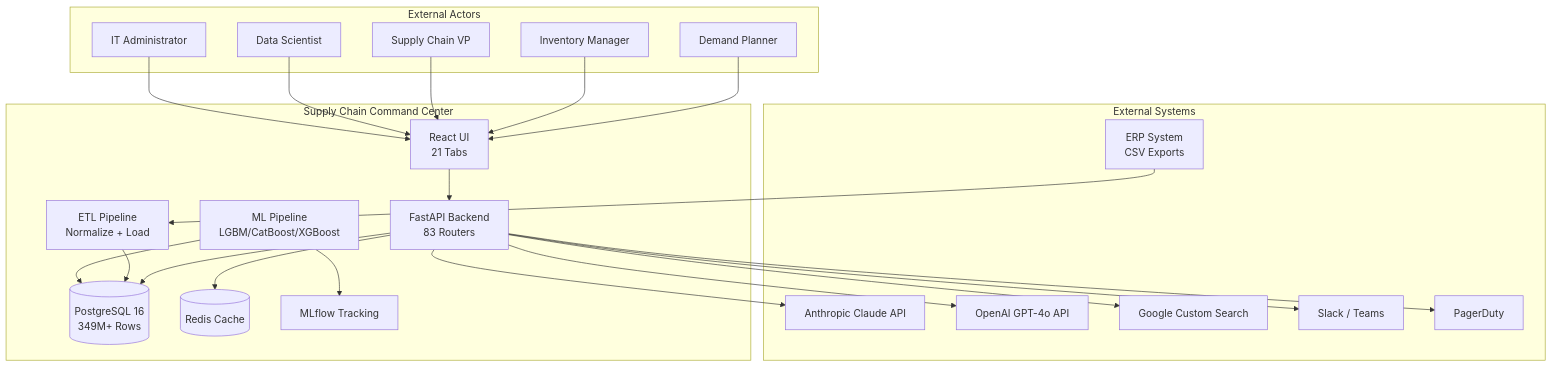
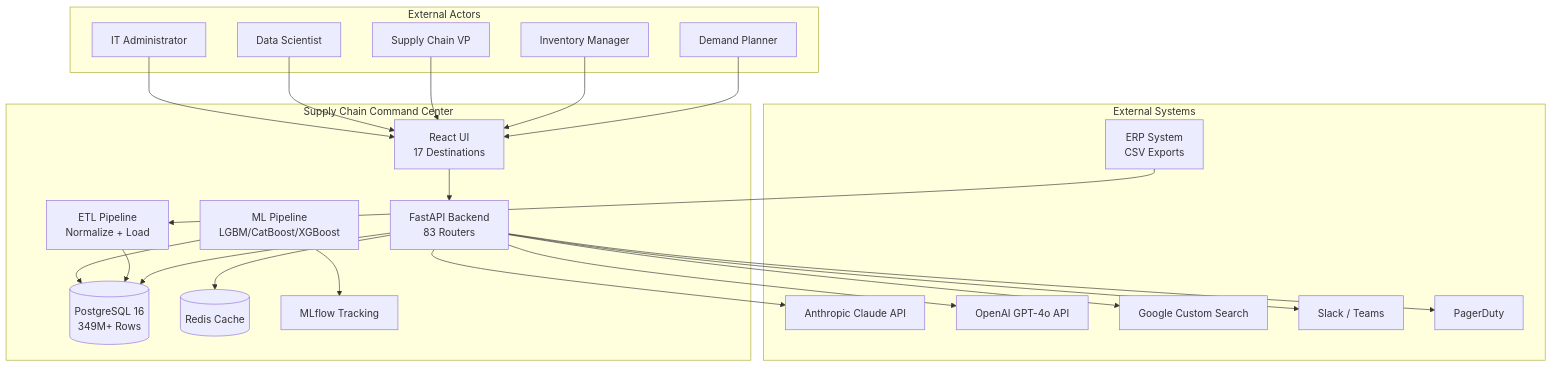
One commit to chidammano-hash/DemandProject changed the first of 3 diagrams in docs/ENTERPRISE_ARCHITECTURE.md. Above: the diagram before and after it, drawn with Mermaid. The commit also changed other lines of this file and 40 other files, not shown here.

````diff
--- a/docs/ENTERPRISE_ARCHITECTURE.md
+++ b/docs/ENTERPRISE_ARCHITECTURE.md
@@ -67,49 +67,49 @@
 ```mermaid
 graph TB
     subgraph External Actors
         DP[Demand Planner]
         IM[Inventory Manager]
         VP[Supply Chain VP]
         DS[Data Scientist]
         IT[IT Administrator]
     end
 
     subgraph External Systems
         ERP[ERP System<br>CSV Exports]
         CLAUDE[Anthropic Claude API]
         OPENAI[OpenAI GPT-4o API]
         GOOGLE[Google Custom Search]
         SLACK[Slack / Teams]
         PAGER[PagerDuty]
     end
 
     subgraph Supply Chain Command Center
-        UI[React UI<br>21 Tabs]
+        UI[React UI<br>17 Destinations]
         API[FastAPI Backend<br>83 Routers]
         ML[ML Pipeline<br>LGBM/CatBoost/XGBoost]
         ETL[ETL Pipeline<br>Normalize + Load]
         DB[(PostgreSQL 16<br>349M+ Rows)]
         CACHE[(Redis Cache)]
         MLFLOW[MLflow Tracking]
     end
 
     DP --> UI
     IM --> UI
     VP --> UI
     DS --> UI
     IT --> UI
 
     UI --> API
     API --> DB
     API --> CACHE
     API --> CLAUDE
     API --> OPENAI
     API --> GOOGLE
     API --> SLACK
     API --> PAGER
 
     ERP --> ETL
     ETL --> DB
     ML --> DB
     ML --> MLFLOW
 ```
````
